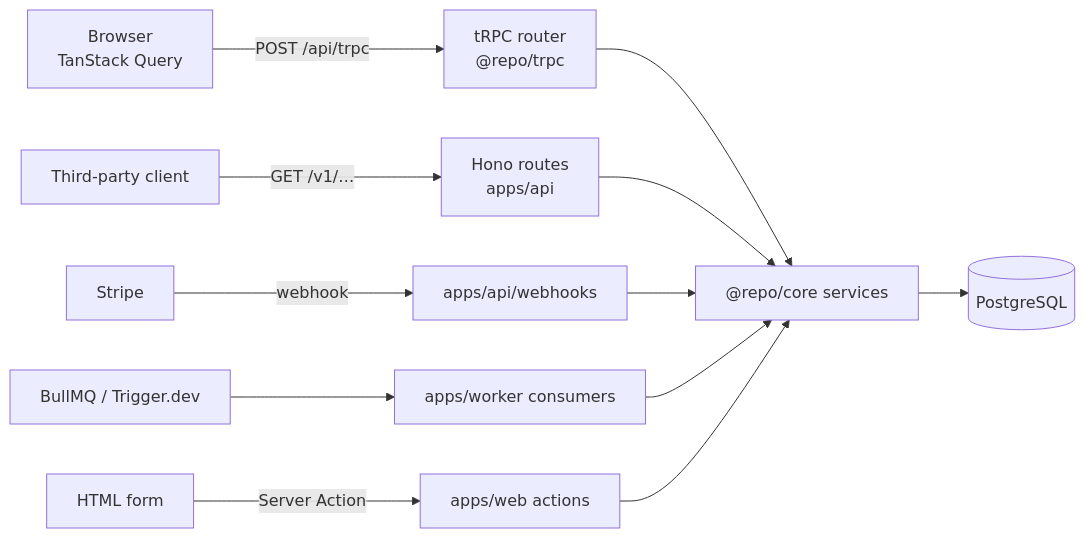
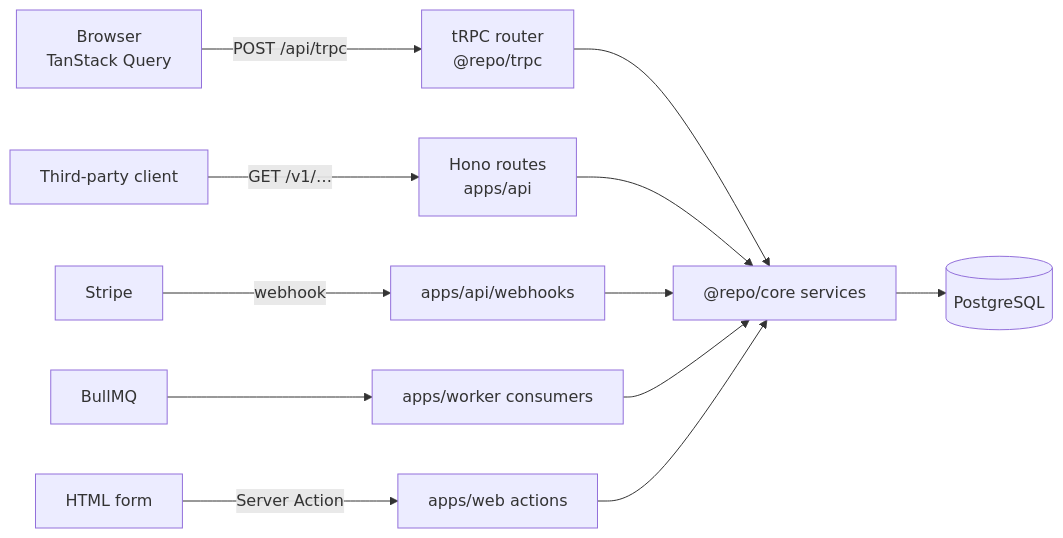
The second of 3 diagrams in docs/architecture/05-runtime-and-api.md (jleveneur/nextjs-boilerplate), drawn with Mermaid before and after one commit. The commit also changed other lines of this file and 105 other files, not shown here.

````diff
--- a/docs/architecture/05-runtime-and-api.md
+++ b/docs/architecture/05-runtime-and-api.md
@@ -105,15 +105,15 @@
 ```mermaid
 flowchart LR
     BROWSER["Browser<br/>TanStack Query"] -->|"POST /api/trpc"| TRPC["tRPC router<br/>@repo/trpc"]
     THIRD["Third-party client"] -->|"GET /v1/…"| REST["Hono routes<br/>apps/api"]
     STRIPE["Stripe"] -->|webhook| WH["apps/api/webhooks"]
-    QUEUE["BullMQ / Trigger.dev"] --> CONS["apps/worker consumers"]
+    QUEUE["BullMQ"] --> CONS["apps/worker consumers"]
     FORM["HTML form"] -->|Server Action| SA["apps/web actions"]
 
     TRPC --> CORE["@repo/core services"]
     REST --> CORE
     WH --> CORE
     CONS --> CORE
     SA --> CORE
     CORE --> DB[("PostgreSQL")]
 ```
````
